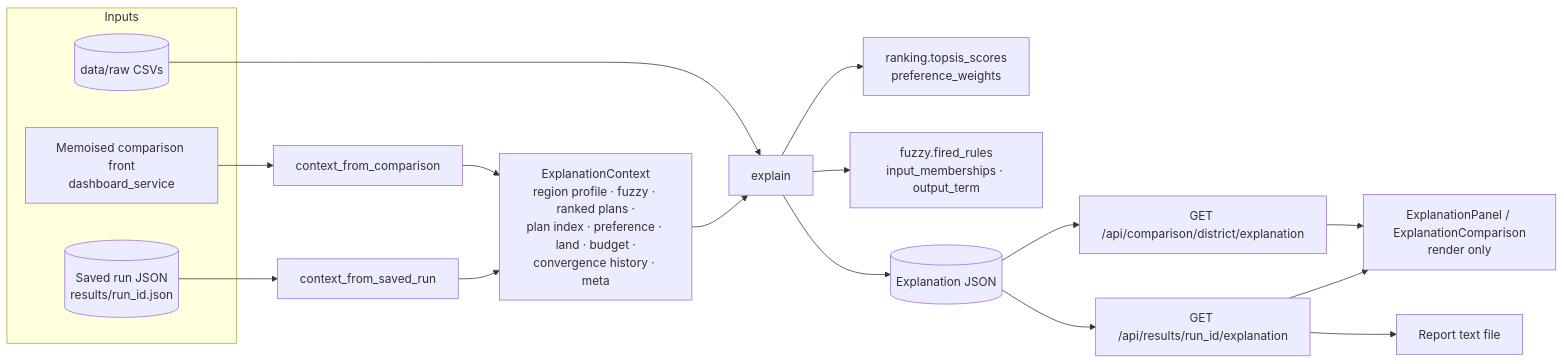
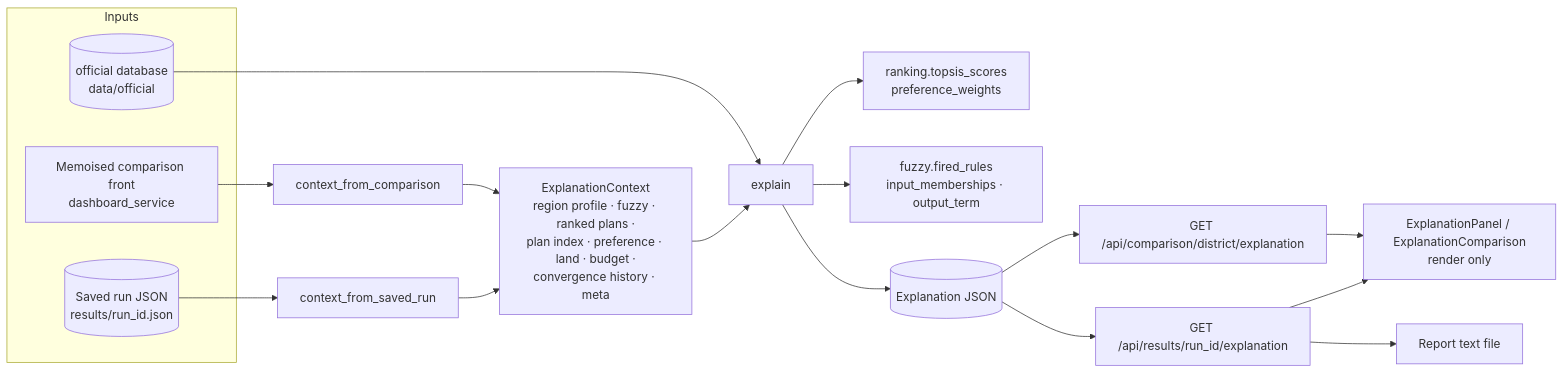
One commit to VamsiVarada-3632/AgroOptimize changed the diagram in docs/handbook/EXPLAINABILITY.md. Above: the diagram before and after it, drawn with Mermaid. The commit also changed other lines of this file and 1 other file, not shown here.

Commit message:
Bring the handbook index and explainability page up to date
The index now describes the official data, the new endpoints and the
database build step, and links the migration documents and the runtime
report. The explainability diagram and historical-context row now name
the official sources.

````diff
--- a/docs/handbook/EXPLAINABILITY.md
+++ b/docs/handbook/EXPLAINABILITY.md
@@ -19,20 +19,20 @@
 ```mermaid
 flowchart LR
     subgraph Inputs
         SR[(Saved run JSON<br/>results/run_id.json)]
         CF[Memoised comparison front<br/>dashboard_service]
-        CSV[(data/raw CSVs)]
+        CSV[(official database<br/>data/official)]
     end
     SR --> C1[context_from_saved_run]
     CF --> C2[context_from_comparison]
     C1 & C2 --> CTX[ExplanationContext<br/>region profile · fuzzy · ranked plans ·<br/>plan index · preference · land · budget ·<br/>convergence history · meta]
     CTX --> EX[explain]
     CSV --> EX
     EX --> TOP[ranking.topsis_scores<br/>preference_weights]
     EX --> FZ[fuzzy.fired_rules<br/>input_memberships · output_term]
     EX --> JSON[(Explanation JSON)]
     JSON --> API1[GET /api/results/run_id/explanation]
     JSON --> API2[GET /api/comparison/district/explanation]
     API1 & API2 --> UI[ExplanationPanel / ExplanationComparison<br/>render only]
     API1 --> REP[Report text file]
 ```
````
